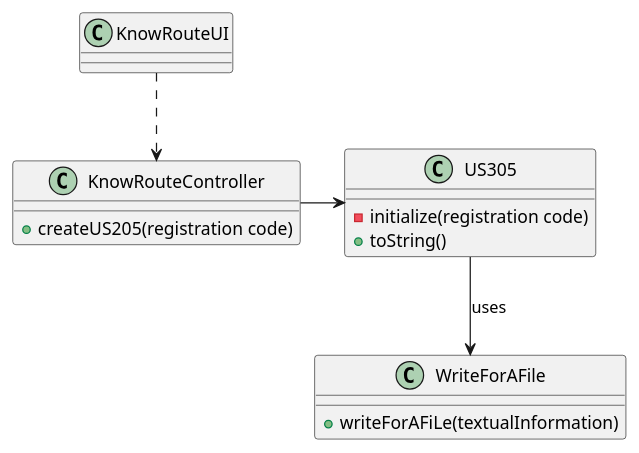
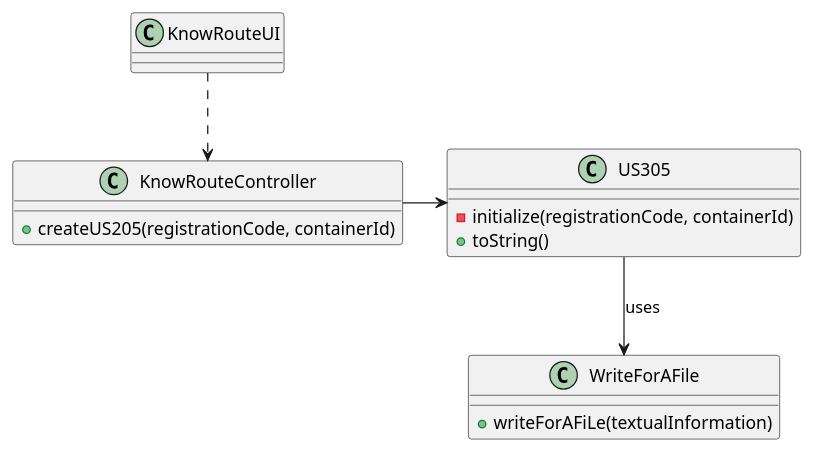
One commit to 0franciscor/lapr3-2021-g042 changed the diagram in docs/US305/US305_CD.puml. Above: the diagram before and after it, drawn with PlantUML. The commit also changed 12 other files, not shown here.

```diff
--- a/docs/US305/US305_CD.puml
+++ b/docs/US305/US305_CD.puml
@@ -1,28 +1,28 @@
 @startuml
 'https://plantuml.com/class-diagram
 
 class KnowRouteUI{
 }
 
 class KnowRouteController{
-+ createUS205(registration code)
++ createUS205(registrationCode, containerId)
 }
 
 
 class US305 {
-- initialize(registration code)
+- initialize(registrationCode, containerId)
 + toString()
 
 }
 
 class WriteForAFile{
 + writeForAFiLe(textualInformation)
 
 }
 
 
 KnowRouteUI ..> KnowRouteController
 KnowRouteController -> US305
 US305 --> WriteForAFile : uses
 
 @enduml
```
